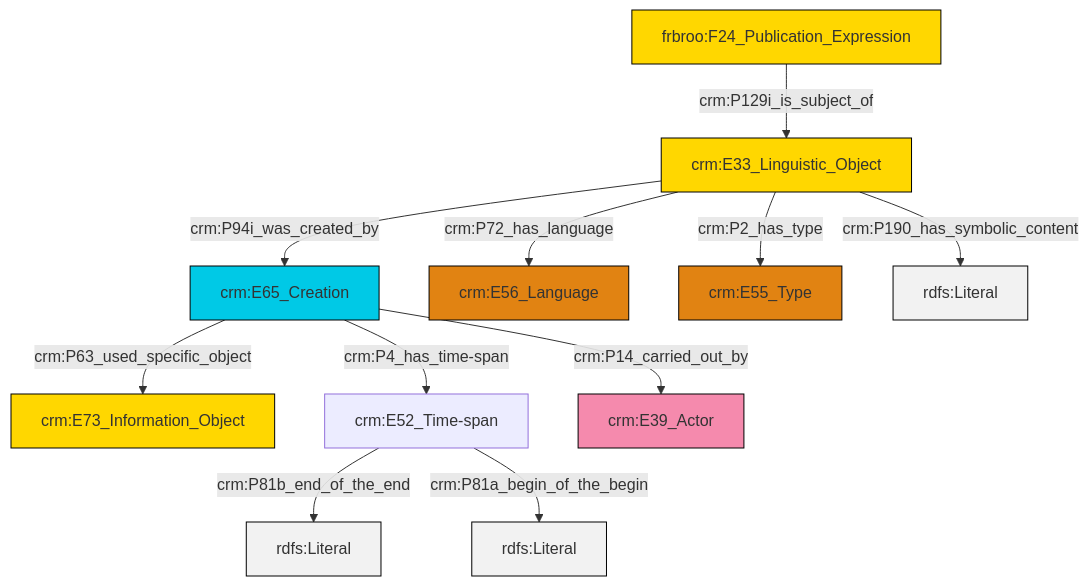
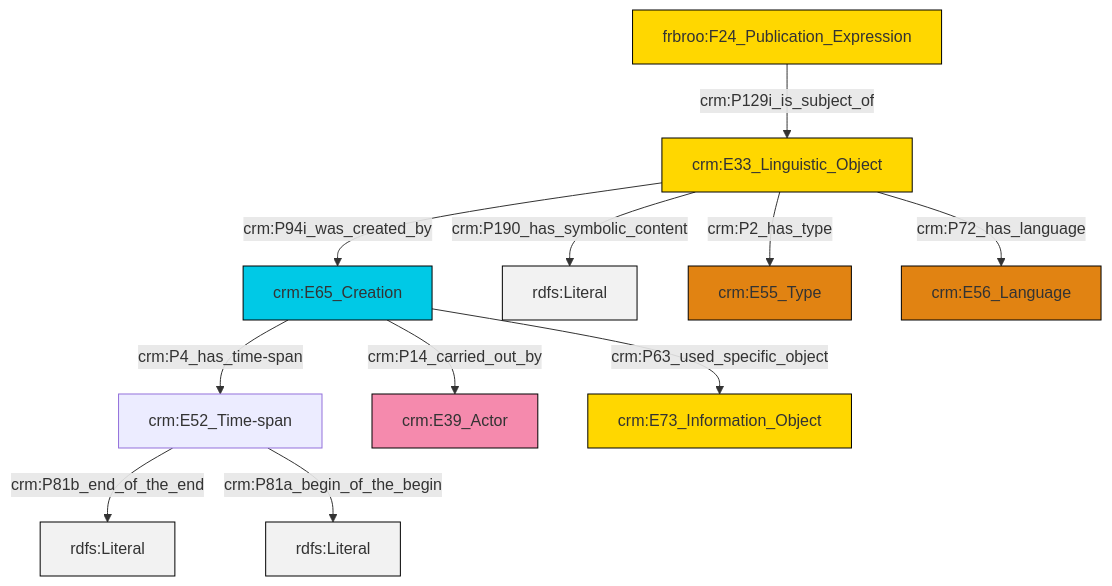
The diagram in et/biblioCSV/ttl/mmd/biblio_description.ttl.mmd (swiss-art-research-net/reference-data-models), drawn with Mermaid before and after one commit. The commit also changed 122 other files, not shown here.

```diff
--- a/et/biblioCSV/ttl/mmd/biblio_description.ttl.mmd
+++ b/et/biblioCSV/ttl/mmd/biblio_description.ttl.mmd
@@ -1,25 +1,25 @@
 graph TD
 classDef Literal fill:#f2f2f2,stroke:#000000;
 classDef CRM_Entity fill:#FFFFFF,stroke:#000000;
 classDef Temporal_Entity fill:#00C9E6, stroke:#000000;
 classDef Type fill:#E18312, stroke:#000000;
 classDef Time-Span fill:#2C9C91, stroke:#000000;
 classDef Appellation fill:#FFEB7F, stroke:#000000;
 classDef Place fill:#008836, stroke:#000000;
 classDef Persistent_Item fill:#B266B2, stroke:#000000;
 classDef Conceptual_Object fill:#FFD700, stroke:#000000;
 classDef Physical_Thing fill:#D2B48C, stroke:#000000;
 classDef Actor fill:#f58aad, stroke:#000000;
 classDef PC_Classes fill:#4ce600, stroke:#000000;
 classDef Multi fill:#cccccc,stroke:#000000;
 
-0["frbroo:F24_Publication_Expression"]:::Conceptual_Object -->|crm:P129i_is_subject_of| 1["crm:E33_Linguistic_Object"]:::Conceptual_Object
-2["crm:E65_Creation"]:::Temporal_Entity -->|crm:P63_used_specific_object| 3["crm:E73_Information_Object"]:::Conceptual_Object
-2["crm:E65_Creation"]:::Temporal_Entity -->|crm:P4_has_time-span| 6["crm:E52_Time-span"]:::Default
-6["crm:E52_Time-span"]:::Default -->|crm:P81b_end_of_the_end| 9[rdfs:Literal]:::Literal
-2["crm:E65_Creation"]:::Temporal_Entity -->|crm:P14_carried_out_by| 10["crm:E39_Actor"]:::Actor
-1["crm:E33_Linguistic_Object"]:::Conceptual_Object -->|crm:P2_has_type| 12["crm:E55_Type"]:::Type
-6["crm:E52_Time-span"]:::Default -->|crm:P81a_begin_of_the_begin| 13[rdfs:Literal]:::Literal
-1["crm:E33_Linguistic_Object"]:::Conceptual_Object -->|crm:P190_has_symbolic_content| 15[rdfs:Literal]:::Literal
-1["crm:E33_Linguistic_Object"]:::Conceptual_Object -->|crm:P94i_was_created_by| 2["crm:E65_Creation"]:::Temporal_Entity
-1["crm:E33_Linguistic_Object"]:::Conceptual_Object -->|crm:P72_has_language| 7["crm:E56_Language"]:::Type
+2["crm:E65_Creation"]:::Temporal_Entity -->|crm:P4_has_time-span| 3["crm:E52_Time-span"]:::Default
+3["crm:E52_Time-span"]:::Default -->|crm:P81b_end_of_the_end| 4[rdfs:Literal]:::Literal
+3["crm:E52_Time-span"]:::Default -->|crm:P81a_begin_of_the_begin| 6[rdfs:Literal]:::Literal
+0["crm:E33_Linguistic_Object"]:::Conceptual_Object -->|crm:P190_has_symbolic_content| 9[rdfs:Literal]:::Literal
+0["crm:E33_Linguistic_Object"]:::Conceptual_Object -->|crm:P2_has_type| 12["crm:E55_Type"]:::Type
+0["crm:E33_Linguistic_Object"]:::Conceptual_Object -->|crm:P94i_was_created_by| 2["crm:E65_Creation"]:::Temporal_Entity
+0["crm:E33_Linguistic_Object"]:::Conceptual_Object -->|crm:P72_has_language| 13["crm:E56_Language"]:::Type
+2["crm:E65_Creation"]:::Temporal_Entity -->|crm:P14_carried_out_by| 7["crm:E39_Actor"]:::Actor
+2["crm:E65_Creation"]:::Temporal_Entity -->|crm:P63_used_specific_object| 10["crm:E73_Information_Object"]:::Conceptual_Object
+15["frbroo:F24_Publication_Expression"]:::Conceptual_Object -->|crm:P129i_is_subject_of| 0["crm:E33_Linguistic_Object"]:::Conceptual_Object
```
